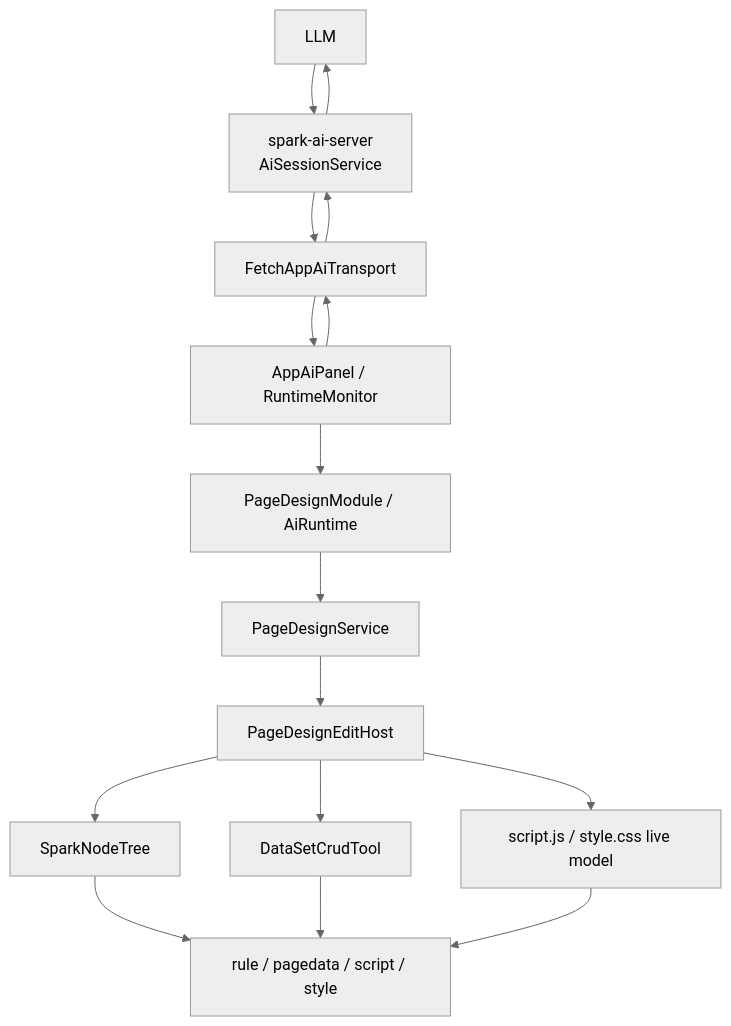
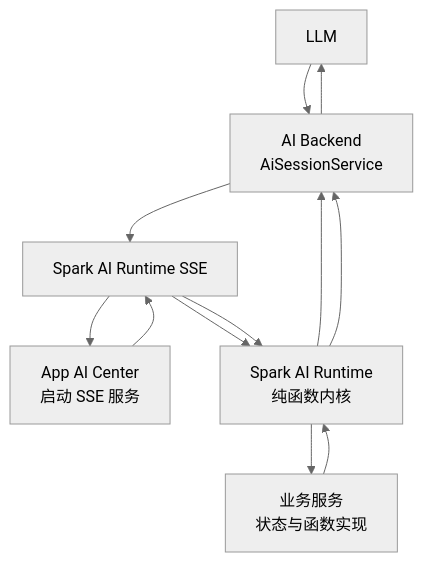
Diagram 12 of 16 in docs/SPARK_VIEW_PROJECT_DEEP_DIVE_ZH.md (LMSpark/spark-view-vue), drawn with Mermaid (neutral theme) before and after one commit. The commit also changed other lines of this file and 74 other files, not shown here.

Commit message:
refactor(spark-ai): decouple business registrations from runtime

````diff
--- a/docs/SPARK_VIEW_PROJECT_DEEP_DIVE_ZH.md
+++ b/docs/SPARK_VIEW_PROJECT_DEEP_DIVE_ZH.md
@@ -590,30 +592,21 @@
 ```mermaid
 flowchart TD
   LLM["LLM"]
-  Panel["AppAiPanel / RuntimeMonitor"]
-  Transport["FetchAppAiTransport"]
-  BackendSession["spark-ai-server<br/>AiSessionService"]
-  Runtime["PageDesignModule / AiRuntime"]
-  Service["PageDesignService"]
-  EditHost["PageDesignEditHost"]
-  NodeTree["SparkNodeTree"]
-  DataSetTool["DataSetCrudTool"]
-  TextModels["script.js / style.css live model"]
-  Files["rule / pagedata / script / style"]
+  App["App AI Center<br/>启动 SSE 服务"]
+  Sse["Spark AI Runtime SSE"]
+  BackendSession["AI Backend<br/>AiSessionService"]
+  Runtime["Spark AI Runtime<br/>纯函数内核"]
+  Biz["业务服务<br/>状态与函数实现"]
 
-  Panel --> Transport
-  Transport --> BackendSession
+  App --> Sse
+  Sse --> Runtime
+  Runtime --> BackendSession
   BackendSession --> LLM
   LLM --> BackendSession
-  BackendSession --> Transport
-  Transport --> Panel
-  Panel --> Runtime
-  Runtime --> Service
-  Service --> EditHost
-  EditHost --> NodeTree
-  EditHost --> DataSetTool
-  EditHost --> TextModels
-  NodeTree --> Files
-  DataSetTool --> Files
-  TextModels --> Files
+  BackendSession --> Sse
+  Sse --> Runtime
+  Runtime --> Biz
+  Biz --> Runtime
+  Runtime --> BackendSession
+  Sse --> App
 ```
````
